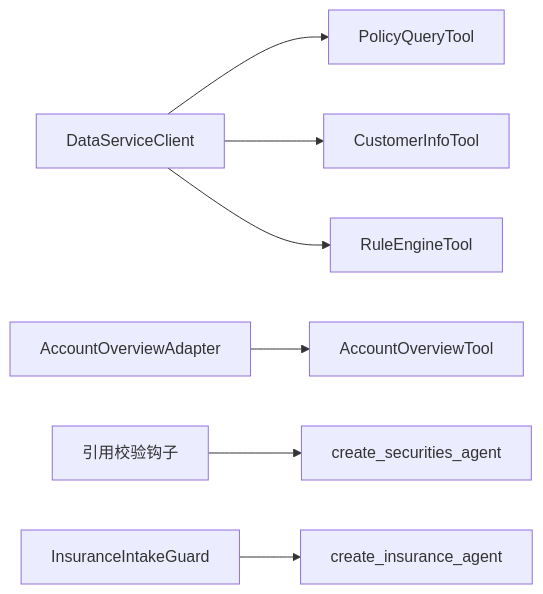
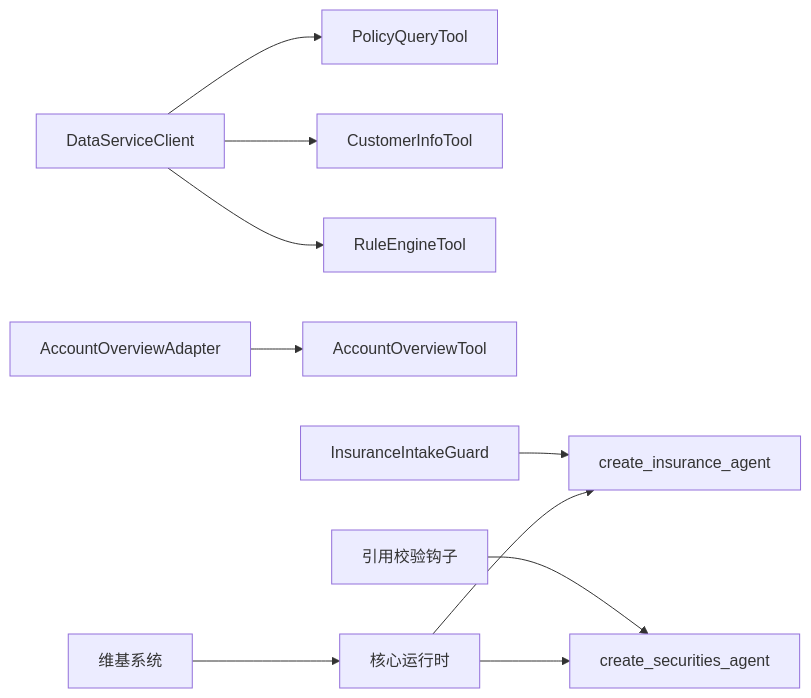
Before and after one commit to YU-JI-KUI/ark-agentic: the seventh of 7 diagrams in repowiki/zh/content/智能体实现/智能体实现.md, drawn with Mermaid. The commit also changed other lines of this file and 10 other files, not shown here.

````diff
--- a/repowiki/zh/content/智能体实现/智能体实现.md
+++ b/repowiki/zh/content/智能体实现/智能体实现.md
@@ -267,9 +379,12 @@
 ```mermaid
 graph LR
 DS["DataServiceClient"] --> PQ["PolicyQueryTool"]
 DS --> CI["CustomerInfoTool"]
 DS --> RE["RuleEngineTool"]
 AD["AccountOverviewAdapter"] --> AO["AccountOverviewTool"]
 VAL["引用校验钩子"] --> AgentS["create_securities_agent"]
 Guard["InsuranceIntakeGuard"] --> AgentI["create_insurance_agent"]
+Wiki["维基系统"] --> Core["核心运行时"]
+Core --> AgentI
+Core --> AgentS
 ```
````
